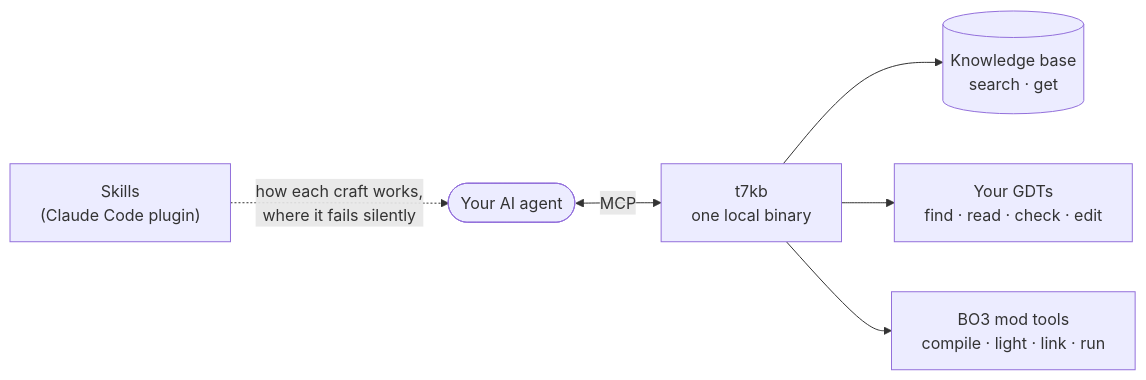
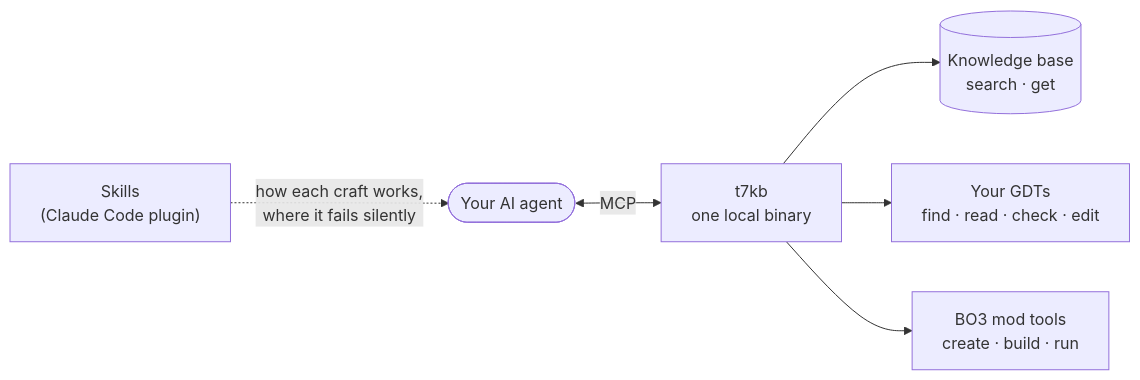
The diagram in README.md (McReaper/t7_companion), drawn with Mermaid before and after one commit. The commit also changed other lines of this file and 14 other files, not shown here.

````diff
--- a/README.md
+++ b/README.md
@@ -30,8 +30,8 @@
 ```mermaid
 flowchart LR
     S["Skills<br/>(Claude Code plugin)"] -. "how each craft works,<br/>where it fails silently" .-> A([Your AI agent])
     A <-->|MCP| T["t7kb<br/>one local binary"]
     T --> K[("Knowledge base<br/>search · get")]
     T --> G["Your GDTs<br/>find · read · check · edit"]
-    T --> B["BO3 mod tools<br/>compile · light · link · run"]
+    T --> B["BO3 mod tools<br/>create · build · run"]
 ```
````
